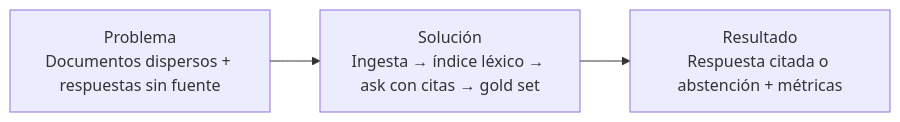
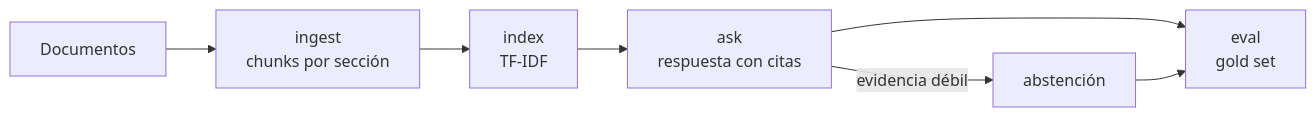
One commit to Angelzaki/knowledge-ops-console changed the diagram in README.md. Above: the diagram before and after it, drawn with Mermaid. The commit also changed other lines of this file and 17 other files, not shown here.

````diff
--- a/README.md
+++ b/README.md
@@ -16,5 +43,9 @@
 ```mermaid
 flowchart LR
-  P[Problema<br/>Documentos dispersos + respuestas sin fuente] --> S[Solución<br/>Ingesta → índice léxico → ask con citas → gold set]
-  S --> R[Resultado<br/>Respuesta citada o abstención + métricas]
+  D[Documentos] --> I[ingest<br/>chunks por sección]
+  I --> X[index<br/>TF-IDF]
+  X --> A[ask<br/>respuesta con citas]
+  A -->|evidencia débil| B[abstención]
+  A --> E[eval<br/>gold set]
+  B --> E
 ```
````
